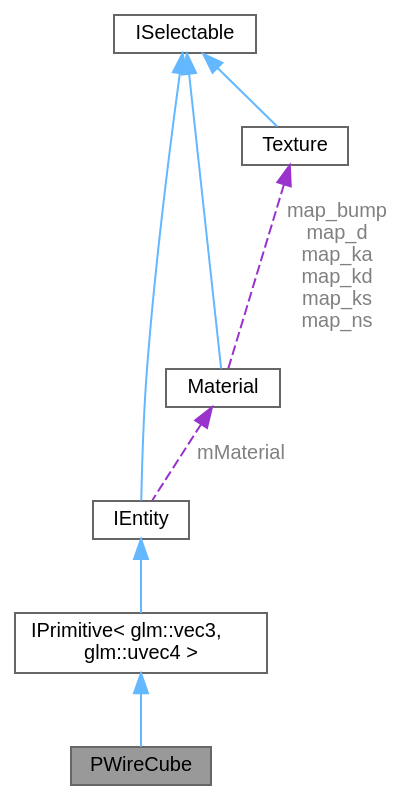
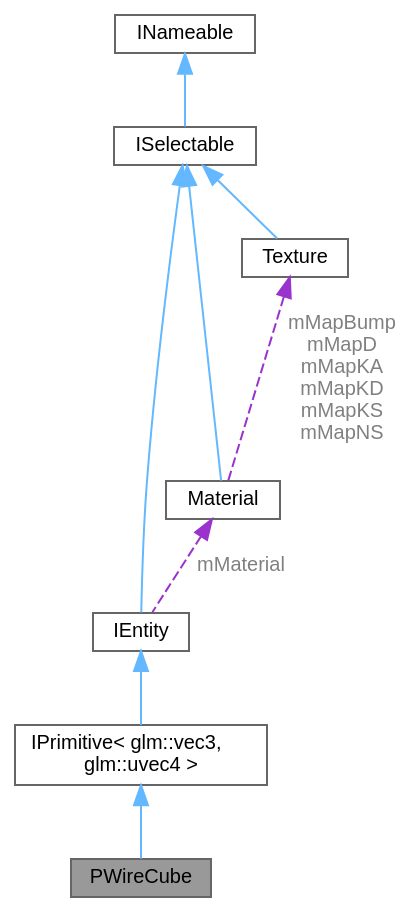
One commit to BlankMat/BlankMat changed the diagram in docs/class_p_wire_cube__coll__graph.dot. Above: the diagram before and after it, drawn with Graphviz. The commit also changed 457 other files, not shown here.

```diff
--- a/docs/class_p_wire_cube__coll__graph.dot
+++ b/docs/class_p_wire_cube__coll__graph.dot
@@ -1,20 +1,22 @@
 digraph "PWireCube"
 {
  // LATEX_PDF_SIZE
   bgcolor="transparent";
   edge [fontname=Helvetica,fontsize=10,labelfontname=Helvetica,labelfontsize=10];
   node [fontname=Helvetica,fontsize=10,shape=box,height=0.2,width=0.4];
   Node1 [id="Node000001",label="PWireCube",height=0.2,width=0.4,color="gray40", fillcolor="grey60", style="filled", fontcolor="black",tooltip=" "];
   Node2 -> Node1 [id="edge1_Node000001_Node000002",dir="back",color="steelblue1",style="solid",tooltip=" "];
   Node2 [id="Node000002",label="IPrimitive\< glm::vec3,\l glm::uvec4 \>",height=0.2,width=0.4,color="gray40", fillcolor="white", style="filled",URL="$class_i_primitive.html",tooltip=" "];
   Node3 -> Node2 [id="edge2_Node000002_Node000003",dir="back",color="steelblue1",style="solid",tooltip=" "];
   Node3 [id="Node000003",label="IEntity",height=0.2,width=0.4,color="gray40", fillcolor="white", style="filled",URL="$class_i_entity.html",tooltip=" "];
   Node4 -> Node3 [id="edge3_Node000003_Node000004",dir="back",color="steelblue1",style="solid",tooltip=" "];
   Node4 [id="Node000004",label="ISelectable",height=0.2,width=0.4,color="gray40", fillcolor="white", style="filled",URL="$class_i_selectable.html",tooltip="Interface for all items that can be selected to be viewed in the inspector."];
-  Node5 -> Node3 [id="edge4_Node000003_Node000005",dir="back",color="darkorchid3",style="dashed",tooltip=" ",label=" mMaterial",fontcolor="grey" ];
-  Node5 [id="Node000005",label="Material",height=0.2,width=0.4,color="gray40", fillcolor="white", style="filled",URL="$class_material.html",tooltip="Class that stores all texture and render information for a material."];
-  Node4 -> Node5 [id="edge5_Node000005_Node000004",dir="back",color="steelblue1",style="solid",tooltip=" "];
-  Node6 -> Node5 [id="edge6_Node000005_Node000006",dir="back",color="darkorchid3",style="dashed",tooltip=" ",label=" map_bump\nmap_d\nmap_ka\nmap_kd\nmap_ks\nmap_ns",fontcolor="grey" ];
-  Node6 [id="Node000006",label="Texture",height=0.2,width=0.4,color="gray40", fillcolor="white", style="filled",URL="$struct_texture.html",tooltip="A structure that stores a texture file that has been read into the OpenGL context."];
-  Node4 -> Node6 [id="edge7_Node000006_Node000004",dir="back",color="steelblue1",style="solid",tooltip=" "];
+  Node5 -> Node4 [id="edge4_Node000004_Node000005",dir="back",color="steelblue1",style="solid",tooltip=" "];
+  Node5 [id="Node000005",label="INameable",height=0.2,width=0.4,color="gray40", fillcolor="white", style="filled",URL="$class_i_nameable.html",tooltip="An object that keeps track of its name and scope."];
+  Node6 -> Node3 [id="edge5_Node000003_Node000006",dir="back",color="darkorchid3",style="dashed",tooltip=" ",label=" mMaterial",fontcolor="grey" ];
+  Node6 [id="Node000006",label="Material",height=0.2,width=0.4,color="gray40", fillcolor="white", style="filled",URL="$class_material.html",tooltip="Class that stores all texture and render information for a material."];
+  Node4 -> Node6 [id="edge6_Node000006_Node000004",dir="back",color="steelblue1",style="solid",tooltip=" "];
+  Node7 -> Node6 [id="edge7_Node000006_Node000007",dir="back",color="darkorchid3",style="dashed",tooltip=" ",label=" mMapBump\nmMapD\nmMapKA\nmMapKD\nmMapKS\nmMapNS",fontcolor="grey" ];
+  Node7 [id="Node000007",label="Texture",height=0.2,width=0.4,color="gray40", fillcolor="white", style="filled",URL="$struct_texture.html",tooltip="A structure that stores a texture file that has been read into the OpenGL context."];
+  Node4 -> Node7 [id="edge8_Node000007_Node000004",dir="back",color="steelblue1",style="solid",tooltip=" "];
 }
```
